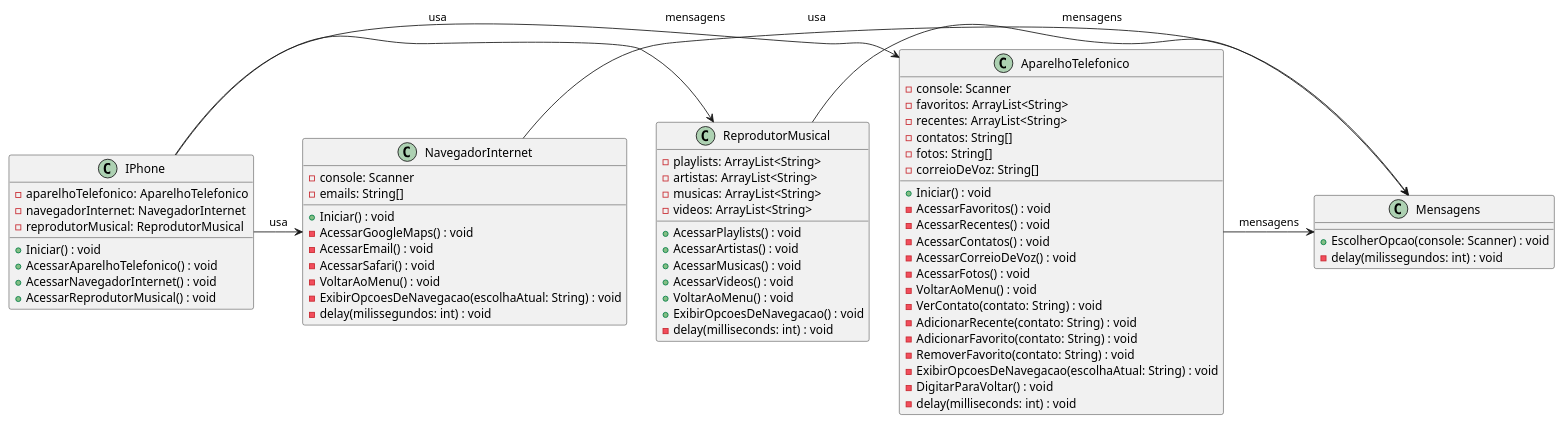
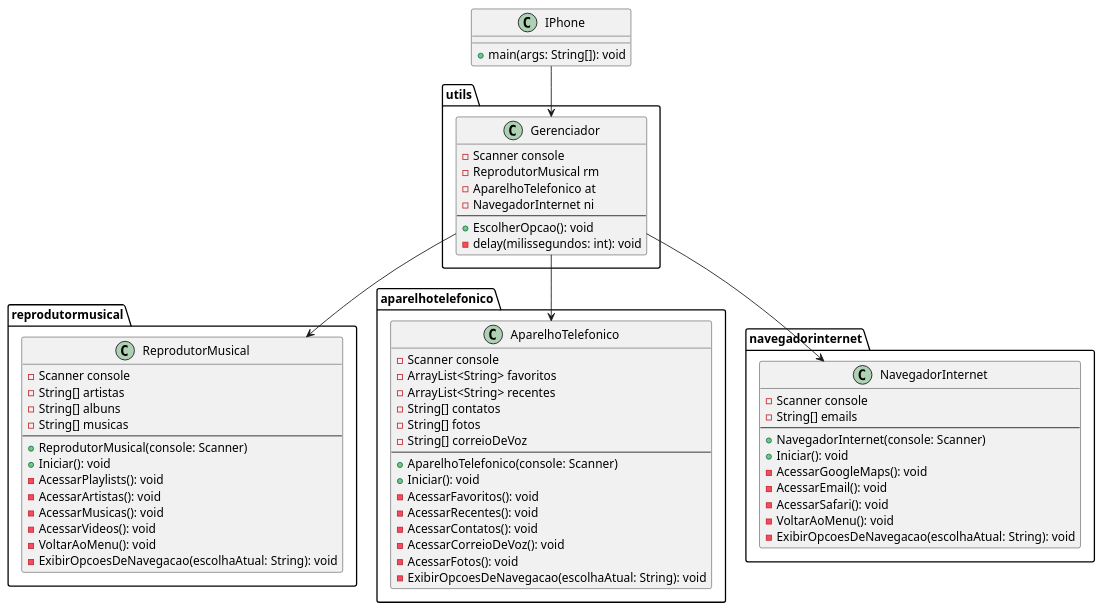
One commit to JoaoGabrielFA/dio-curso-java changed the diagram in apresentacao-iphone/src/grafico.plantuml. Above: the diagram before and after it, drawn with PlantUML. The commit also changed 12 other files, not shown here.

```diff
--- a/apresentacao-iphone/src/grafico.plantuml
+++ b/apresentacao-iphone/src/grafico.plantuml
@@ -1,75 +1,78 @@
 @startuml
 
+
 class IPhone {
-  - aparelhoTelefonico: AparelhoTelefonico
-  - navegadorInternet: NavegadorInternet
-  - reprodutorMusical: ReprodutorMusical
-  + Iniciar() : void
-  + AcessarAparelhoTelefonico() : void
-  + AcessarNavegadorInternet() : void
-  + AcessarReprodutorMusical() : void
+  + main(args: String[]): void
 }
 
-class ReprodutorMusical {
-  - playlists: ArrayList<String>
-  - artistas: ArrayList<String>
-  - musicas: ArrayList<String>
-  - videos: ArrayList<String>
-  + AcessarPlaylists() : void
-  + AcessarArtistas() : void
-  + AcessarMusicas() : void
-  + AcessarVideos() : void
-  + VoltarAoMenu() : void
-  + ExibirOpcoesDeNavegacao() : void
-  - delay(milliseconds: int) : void
+package "utils" {
+  class Gerenciador {
+    - Scanner console
+    - ReprodutorMusical rm
+    - AparelhoTelefonico at
+    - NavegadorInternet ni
+    --
+    + EscolherOpcao(): void
+    - delay(milissegundos: int): void
+  }
 }
 
-class AparelhoTelefonico {
-  - console: Scanner
-  - favoritos: ArrayList<String>
-  - recentes: ArrayList<String>
-  - contatos: String[]
-  - fotos: String[]
-  - correioDeVoz: String[]
-  + Iniciar() : void
-  - AcessarFavoritos() : void
-  - AcessarRecentes() : void
-  - AcessarContatos() : void
-  - AcessarCorreioDeVoz() : void
-  - AcessarFotos() : void
-  - VoltarAoMenu() : void
-  - VerContato(contato: String) : void
-  - AdicionarRecente(contato: String) : void
-  - AdicionarFavorito(contato: String) : void
-  - RemoverFavorito(contato: String) : void
-  - ExibirOpcoesDeNavegacao(escolhaAtual: String) : void
-  - DigitarParaVoltar() : void
-  - delay(milliseconds: int) : void
+package "reprodutormusical" {
+  class ReprodutorMusical {
+    - Scanner console
+    - String[] artistas
+    - String[] albuns
+    - String[] musicas
+    --
+    + ReprodutorMusical(console: Scanner)
+    + Iniciar(): void
+    - AcessarPlaylists(): void
+    - AcessarArtistas(): void
+    - AcessarMusicas(): void
+    - AcessarVideos(): void
+    - VoltarAoMenu(): void
+    - ExibirOpcoesDeNavegacao(escolhaAtual: String): void
+  }
 }
 
-class NavegadorInternet {
-  - console: Scanner
-  - emails: String[]
-  + Iniciar() : void
-  - AcessarGoogleMaps() : void
-  - AcessarEmail() : void
-  - AcessarSafari() : void
-  - VoltarAoMenu() : void
-  - ExibirOpcoesDeNavegacao(escolhaAtual: String) : void
-  - delay(milissegundos: int) : void
+package "aparelhotelefonico" {
+  class AparelhoTelefonico {
+    - Scanner console
+    - ArrayList<String> favoritos
+    - ArrayList<String> recentes
+    - String[] contatos
+    - String[] fotos
+    - String[] correioDeVoz
+    --
+    + AparelhoTelefonico(console: Scanner)
+    + Iniciar(): void
+    - AcessarFavoritos(): void
+    - AcessarRecentes(): void
+    - AcessarContatos(): void
+    - AcessarCorreioDeVoz(): void
+    - AcessarFotos(): void
+    - ExibirOpcoesDeNavegacao(escolhaAtual: String): void
+  }
 }
 
-class Mensagens {
-  + EscolherOpcao(console: Scanner) : void
-  - delay(milissegundos: int) : void
+package "navegadorinternet" {
+  class NavegadorInternet {
+    - Scanner console
+    - String[] emails
+    --
+    + NavegadorInternet(console: Scanner)
+    + Iniciar(): void
+    - AcessarGoogleMaps(): void
+    - AcessarEmail(): void
+    - AcessarSafari(): void
+    - VoltarAoMenu(): void
+    - ExibirOpcoesDeNavegacao(escolhaAtual: String): void
+  }
 }
 
-AparelhoTelefonico -> Mensagens : mensagens
-ReprodutorMusical -> Mensagens : mensagens
-NavegadorInternet -> Mensagens : mensagens
-
-IPhone -> AparelhoTelefonico : usa
-IPhone -> NavegadorInternet : usa
-IPhone -> ReprodutorMusical : usa
+IPhone --> Gerenciador
+Gerenciador --> ReprodutorMusical
+Gerenciador --> AparelhoTelefonico
+Gerenciador --> NavegadorInternet
 
 @enduml
```
